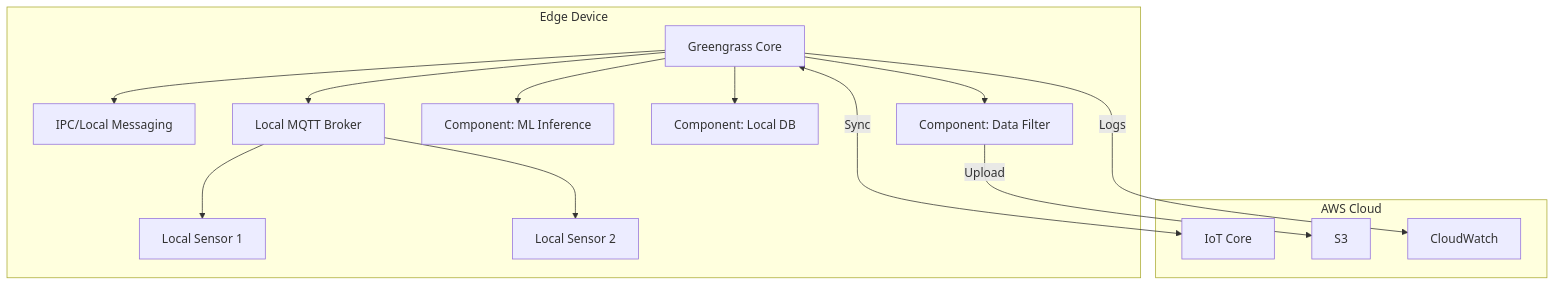
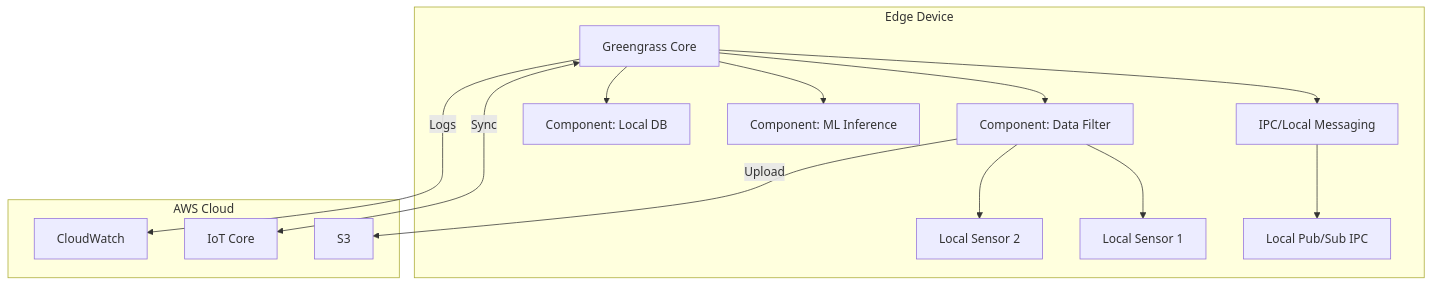
One commit to OneUptime/blog changed the diagram in posts/2026-02-12-iot-greengrass-v2-edge-devices/README.md. Above: the diagram before and after it, drawn with Mermaid. The commit also changed other lines of this file and 2 other files, not shown here.

````diff
--- a/posts/2026-02-12-iot-greengrass-v2-edge-devices/README.md
+++ b/posts/2026-02-12-iot-greengrass-v2-edge-devices/README.md
@@ -19,21 +19,21 @@
 ```mermaid
 graph TD
     subgraph "Edge Device"
         GG[Greengrass Core]
         GG --> IPC[IPC/Local Messaging]
         GG --> C1[Component: Data Filter]
         GG --> C2[Component: ML Inference]
         GG --> C3[Component: Local DB]
-        GG --> MQTT_B[Local MQTT Broker]
-        MQTT_B --> D1[Local Sensor 1]
-        MQTT_B --> D2[Local Sensor 2]
+        IPC --> PubSub[Local Pub/Sub IPC]
+        C1 --> D1[Local Sensor 1]
+        C1 --> D2[Local Sensor 2]
     end
     subgraph "AWS Cloud"
         IOT[IoT Core]
         S3[S3]
         CW[CloudWatch]
     end
     GG <-->|Sync| IOT
     C1 -->|Upload| S3
     GG -->|Logs| CW
 ```
````
